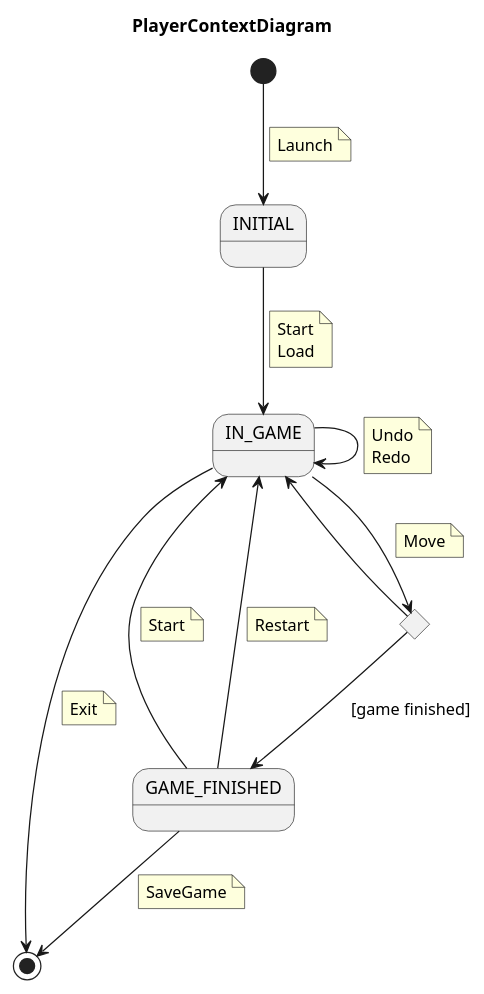
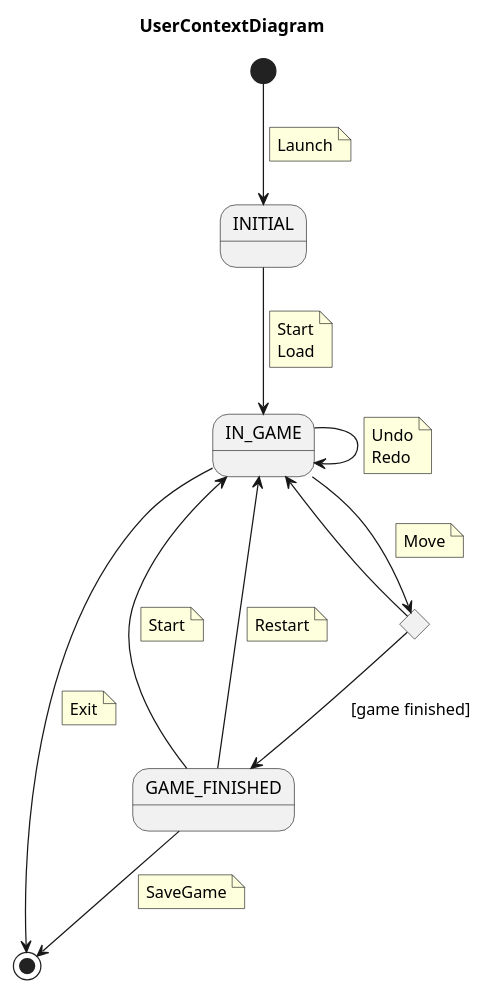
One commit to Master-Desarrollo-20-21/patrones-diseno---practica-final---juego-de-las-damas-fraylopez changed the diagram in docs/src/use-cases/context/game-context.plantuml. Above: the diagram before and after it, drawn with PlantUML. The commit also changed 13 other files, not shown here.

```diff
--- a/docs/src/use-cases/context/game-context.plantuml
+++ b/docs/src/use-cases/context/game-context.plantuml
@@ -1,52 +1,52 @@
-@startuml PlayerContextDiagram
-title PlayerContextDiagram
+@startuml UserContextDiagram
+title UserContextDiagram
 state INITIAL
 state IN_GAME
 state GAME_FINISHED
 
 state IF <<choice>>
 
 [*] --> INITIAL
 note on link
     Launch
 end note
 
 INITIAL --> IN_GAME
     note on link
         Start
         Load
     end note
 IN_GAME --> IN_GAME
     note on link
         Undo
         Redo
         ' Resume
     end note
 GAME_FINISHED --> IN_GAME
     note on link
         Start
     end note
 
 GAME_FINISHED --> IN_GAME
     note on link
         Restart
     end note
 IN_GAME --> IF
     note on link
         Move
     end note
 
 IF --> IN_GAME
 IF --> GAME_FINISHED: [game finished]
 
 IN_GAME --> [*]
     note on link
         Exit
     end note
 
 
 GAME_FINISHED --> [*]
     note on link
         SaveGame
     end note
 @enduml
```
